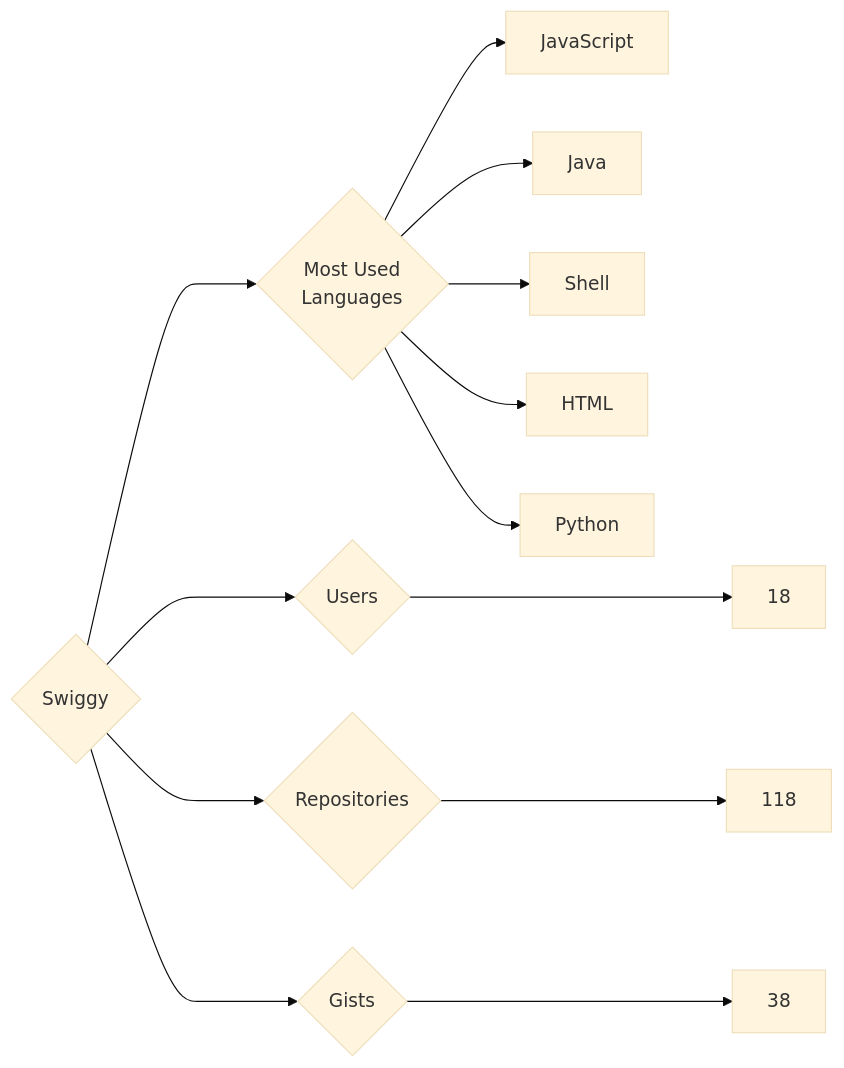
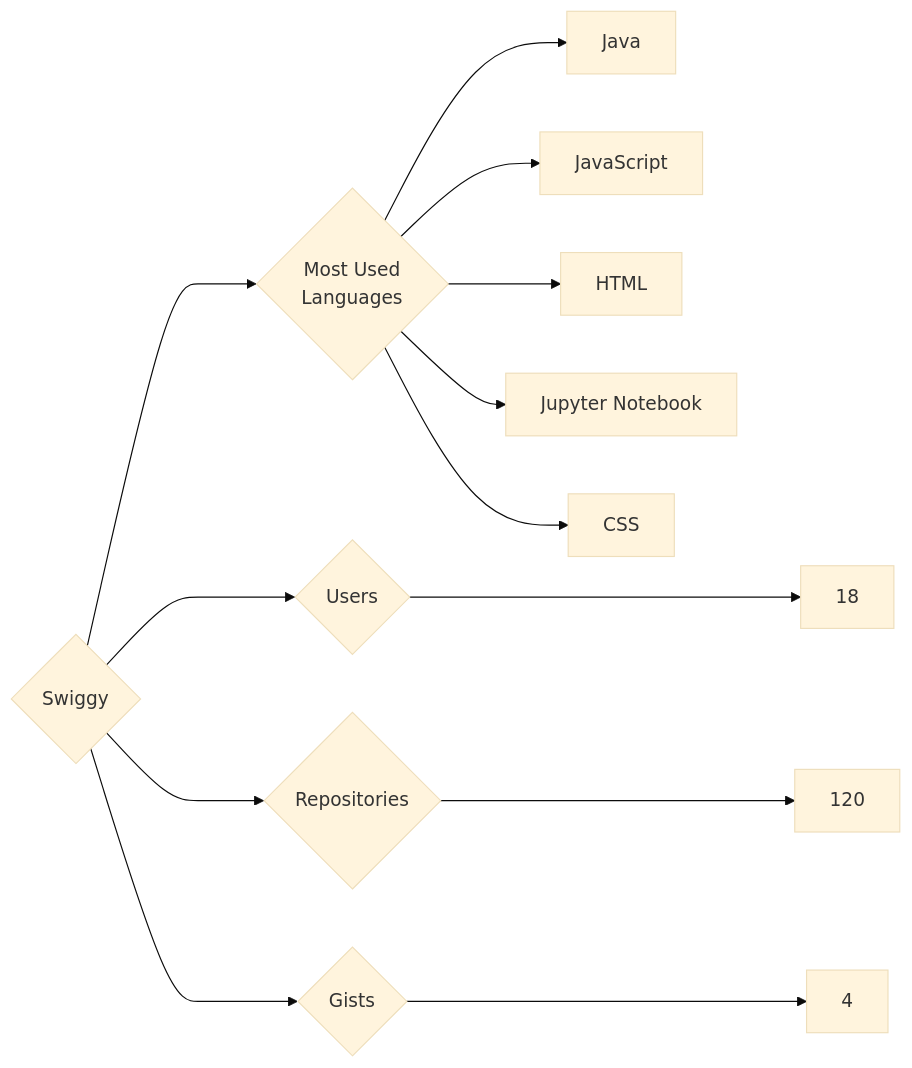
The diagram in targets/Swiggy/README.md (trickest/insiders), drawn with Mermaid (base theme) before and after one commit. The commit also changed 1508 other files, not shown here.

````diff
--- a/targets/Swiggy/README.md
+++ b/targets/Swiggy/README.md
@@ -3,13 +3,13 @@
 ```mermaid
 graph LR
 COMPANY_NAME{Swiggy}
 COMPANY_NAME ---> U{Users} ---> UN[18]
-COMPANY_NAME ---> R{Repositories} ---> RN[118]
-COMPANY_NAME ---> G{Gists} ---> GN[38]
+COMPANY_NAME ---> R{Repositories} ---> RN[120]
+COMPANY_NAME ---> G{Gists} ---> GN[4]
 COMPANY_NAME ---> ML{Most Used<br>Languages}
+ML --> Java[Java]
 ML --> JavaScript[JavaScript]
-ML --> Java[Java]
-ML --> Shell[Shell]
 ML --> HTML[HTML]
-ML --> Python[Python]
+ML --> Jupyter_Notebook[Jupyter Notebook]
+ML --> CSS[CSS]
 ```
````
